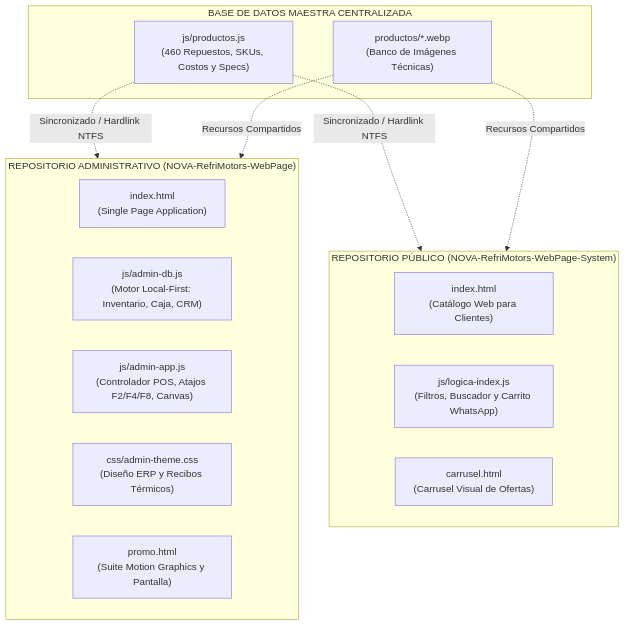
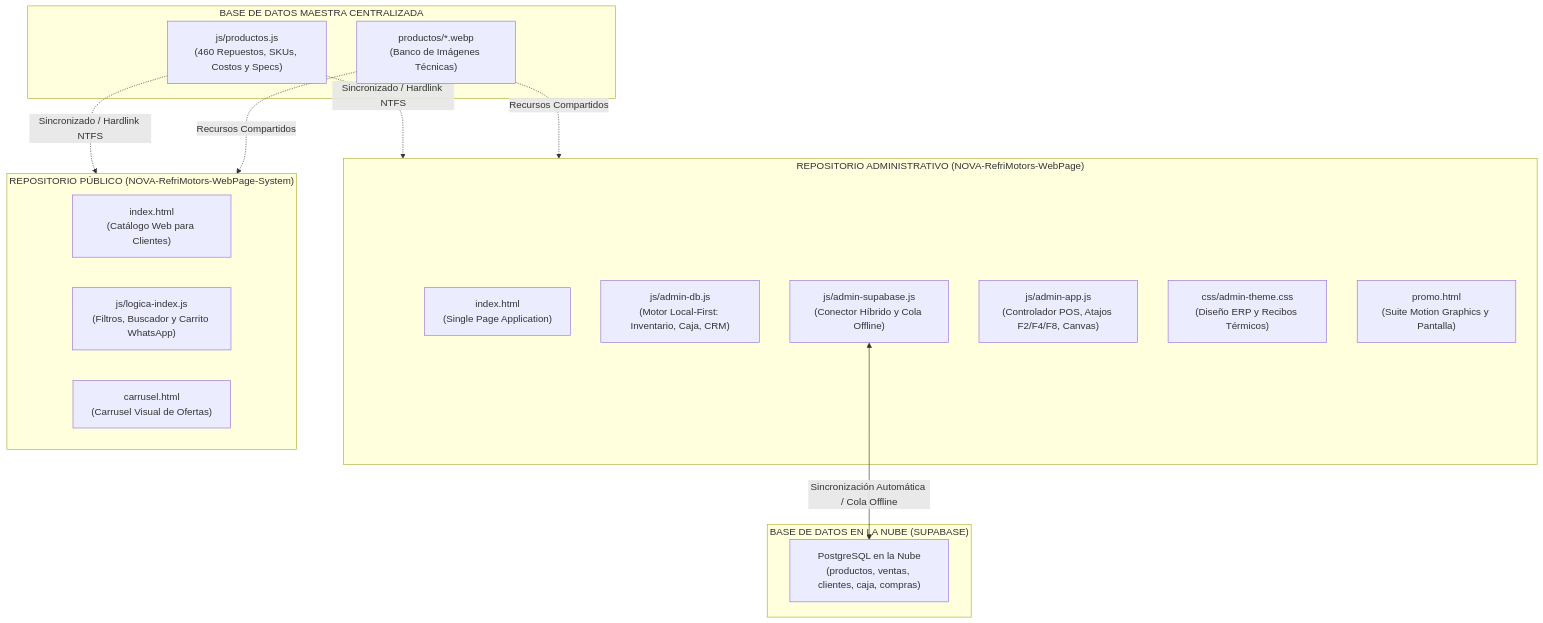
One commit to Hades5384/NOVA-RefriMotors-WebPage changed the first of 3 diagrams in docs/ARQUITECTURA_Y_ESTRUCTURA_PROYECTO.md. Above: the diagram before and after it, drawn with Mermaid. The commit also changed other lines of this file and 5 other files, not shown here.

````diff
--- a/docs/ARQUITECTURA_Y_ESTRUCTURA_PROYECTO.md
+++ b/docs/ARQUITECTURA_Y_ESTRUCTURA_PROYECTO.md
@@ -14,26 +14,32 @@
 ```mermaid
 flowchart TD
+    subgraph CLOUD["BASE DE DATOS EN LA NUBE (SUPABASE)"]
+        S_DB["PostgreSQL en la Nube<br/>(productos, ventas, clientes, caja, compras)"]
+    end
+
     subgraph BBDD["BASE DE DATOS MAESTRA CENTRALIZADA"]
         DB["js/productos.js<br/>(460 Repuestos, SKUs, Costos y Specs)"]
         IMG["productos/*.webp<br/>(Banco de Imágenes Técnicas)"]
     end
 
     subgraph REPO_ADMIN["REPOSITORIO ADMINISTRATIVO (NOVA-RefriMotors-WebPage)"]
         SPA["index.html<br/>(Single Page Application)"]
         ADB["js/admin-db.js<br/>(Motor Local-First: Inventario, Caja, CRM)"]
+        ASB["js/admin-supabase.js<br/>(Conector Híbrido y Cola Offline)"]
         APP["js/admin-app.js<br/>(Controlador POS, Atajos F2/F4/F8, Canvas)"]
         CSSA["css/admin-theme.css<br/>(Diseño ERP y Recibos Térmicos)"]
         PROMO["promo.html<br/>(Suite Motion Graphics y Pantalla)"]
     end
 
     subgraph REPO_PUBLIC["REPOSITORIO PÚBLICO (NOVA-RefriMotors-WebPage-System)"]
         PUB_INDEX["index.html<br/>(Catálogo Web para Clientes)"]
         PUB_JS["js/logica-index.js<br/>(Filtros, Buscador y Carrito WhatsApp)"]
         PUB_CAR["carrusel.html<br/>(Carrusel Visual de Ofertas)"]
     end
 
+    ASB <-->|Sincronización Automática / Cola Offline| S_DB
     DB -.->|Sincronizado / Hardlink NTFS| REPO_ADMIN
     DB -.->|Sincronizado / Hardlink NTFS| REPO_PUBLIC
     IMG -.->|Recursos Compartidos| REPO_ADMIN
     IMG -.->|Recursos Compartidos| REPO_PUBLIC
 ```
````
